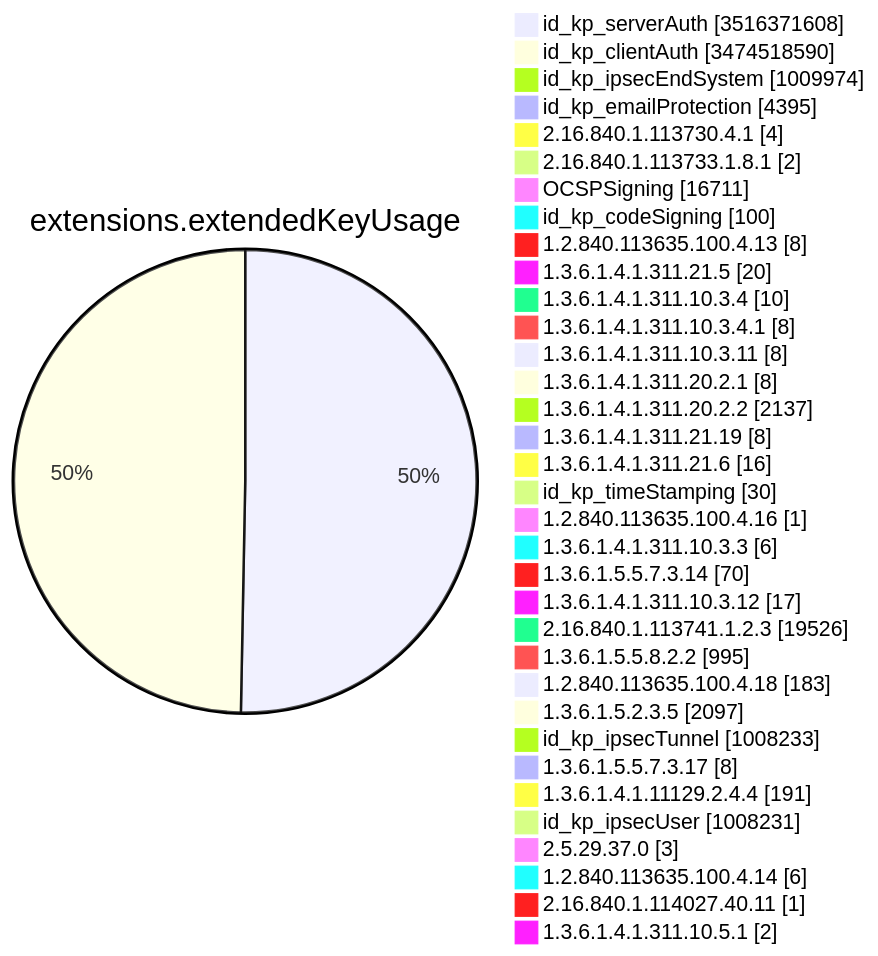
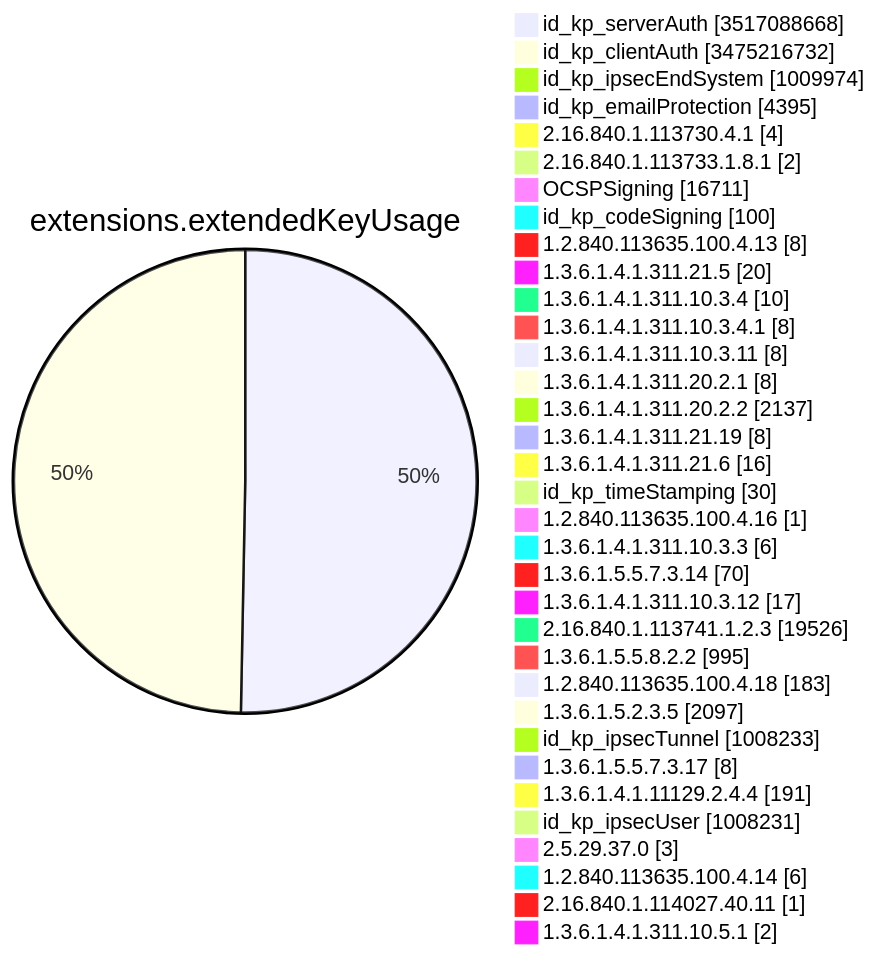
Before and after one commit to christiankrug/ctmonitor_visualization: diagram 11 of 15 in TOTAL/README.md, drawn with Mermaid. The commit also changed other lines of this file, not shown here.

````diff
--- a/TOTAL/README.md
+++ b/TOTAL/README.md
@@ -4126,38 +4126,38 @@
 ```mermaid
 pie showData
 title extensions.extendedKeyUsage
-"id_kp_serverAuth" :3516371608
-"id_kp_clientAuth" :3474518590
+"id_kp_serverAuth" :3517088668
+"id_kp_clientAuth" :3475216732
 "id_kp_ipsecEndSystem" :1009974
 "id_kp_emailProtection" :4395
 "2.16.840.1.113730.4.1" :4
 "2.16.840.1.113733.1.8.1" :2
 "OCSPSigning" :16711
 "id_kp_codeSigning" :100
 "1.2.840.113635.100.4.13" :8
 "1.3.6.1.4.1.311.21.5" :20
 "1.3.6.1.4.1.311.10.3.4" :10
 "1.3.6.1.4.1.311.10.3.4.1" :8
 "1.3.6.1.4.1.311.10.3.11" :8
 "1.3.6.1.4.1.311.20.2.1" :8
 "1.3.6.1.4.1.311.20.2.2" :2137
 "1.3.6.1.4.1.311.21.19" :8
 "1.3.6.1.4.1.311.21.6" :16
 "id_kp_timeStamping" :30
 "1.2.840.113635.100.4.16" :1
 "1.3.6.1.4.1.311.10.3.3" :6
 "1.3.6.1.5.5.7.3.14" :70
 "1.3.6.1.4.1.311.10.3.12" :17
 "2.16.840.1.113741.1.2.3" :19526
 "1.3.6.1.5.5.8.2.2" :995
 "1.2.840.113635.100.4.18" :183
 "1.3.6.1.5.2.3.5" :2097
 "id_kp_ipsecTunnel" :1008233
 "1.3.6.1.5.5.7.3.17" :8
 "1.3.6.1.4.1.11129.2.4.4" :191
 "id_kp_ipsecUser" :1008231
 "2.5.29.37.0" :3
 "1.2.840.113635.100.4.14" :6
 "2.16.840.1.114027.40.11" :1
 "1.3.6.1.4.1.311.10.5.1" :2
 ```
````
